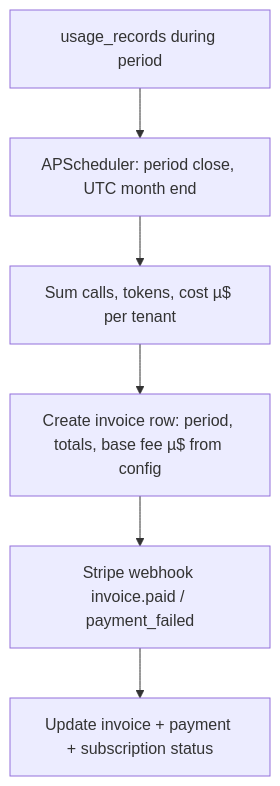
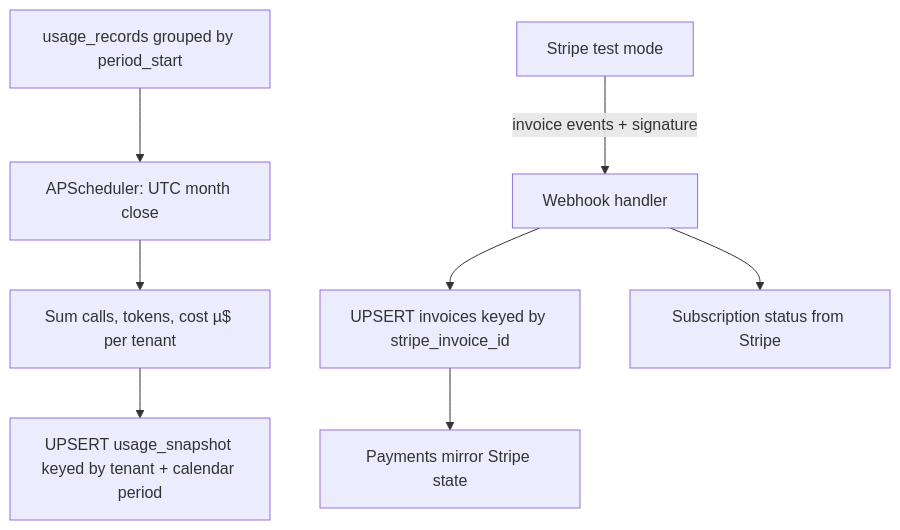
One commit to code4wealth/usage-metering-billing-engine changed the eighth of 9 diagrams in docs/ARCHITECTURE.md. Above: the diagram before and after it, drawn with Mermaid. The commit also changed other lines of this file and 4 other files, not shown here.

Commit message:
docs: model Stripe-owned invoices and webhook ordering

````diff
--- a/docs/ARCHITECTURE.md
+++ b/docs/ARCHITECTURE.md
@@ -213,8 +213,10 @@
 ```mermaid
 flowchart TD
-    U[usage_records during period] --> J[APScheduler: period close, UTC month end]
+    U[usage_records grouped by period_start] --> J[APScheduler: UTC month close]
     J --> S[Sum calls, tokens, cost µ$ per tenant]
-    S --> I[Create invoice row: period, totals, base fee µ$ from config]
-    I --> P[Stripe webhook invoice.paid / payment_failed]
-    P --> ST[Update invoice + payment + subscription status]
+    S --> SN[UPSERT usage_snapshot keyed by tenant + calendar period]
+    ST[Stripe test mode] -->|invoice events + signature| W[Webhook handler]
+    W --> I[UPSERT invoices keyed by stripe_invoice_id]
+    I --> P[Payments mirror Stripe state]
+    W --> SUB[Subscription status from Stripe]
 ```
````
